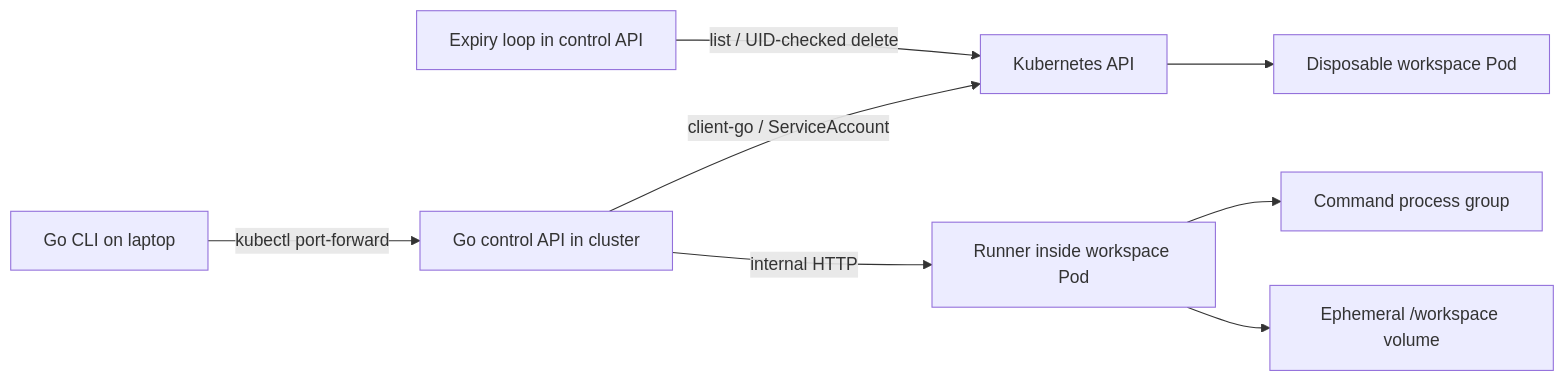
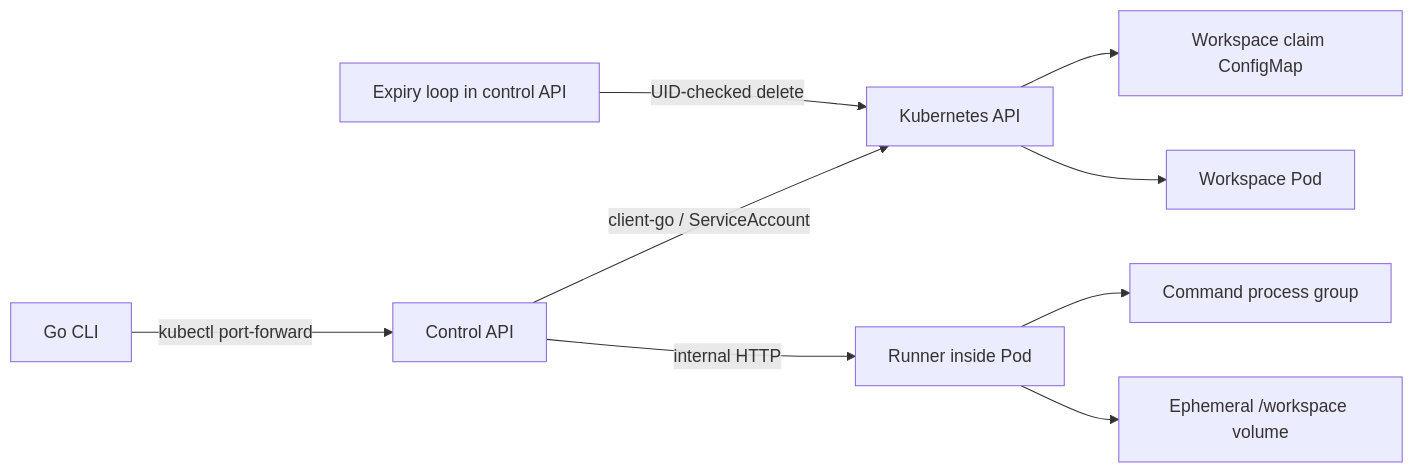
Before and after one commit to Tmwakalasya/sandbox-cloud: the diagram in README.md, drawn with Mermaid. The commit also changed other lines of this file and 12 other files, not shown here.

````diff
--- a/README.md
+++ b/README.md
@@ -68,10 +65,11 @@
 ```mermaid
 flowchart LR
-  CLI[Go CLI on laptop] -->|kubectl port-forward| API[Go control API in cluster]
+  CLI[Go CLI] -->|kubectl port-forward| API[Control API]
   API -->|client-go / ServiceAccount| K8S[Kubernetes API]
-  K8S --> POD[Disposable workspace Pod]
-  API -->|internal HTTP| RUNNER[Runner inside workspace Pod]
+  K8S --> CLAIM[Workspace claim ConfigMap]
+  K8S --> POD[Workspace Pod]
+  API -->|internal HTTP| RUNNER[Runner inside Pod]
   RUNNER --> PROCESS[Command process group]
   RUNNER --> FILES[Ephemeral /workspace volume]
-  REAPER[Expiry loop in control API] -->|list / UID-checked delete| K8S
+  REAPER[Expiry loop in control API] -->|UID-checked delete| K8S
 ```
````
